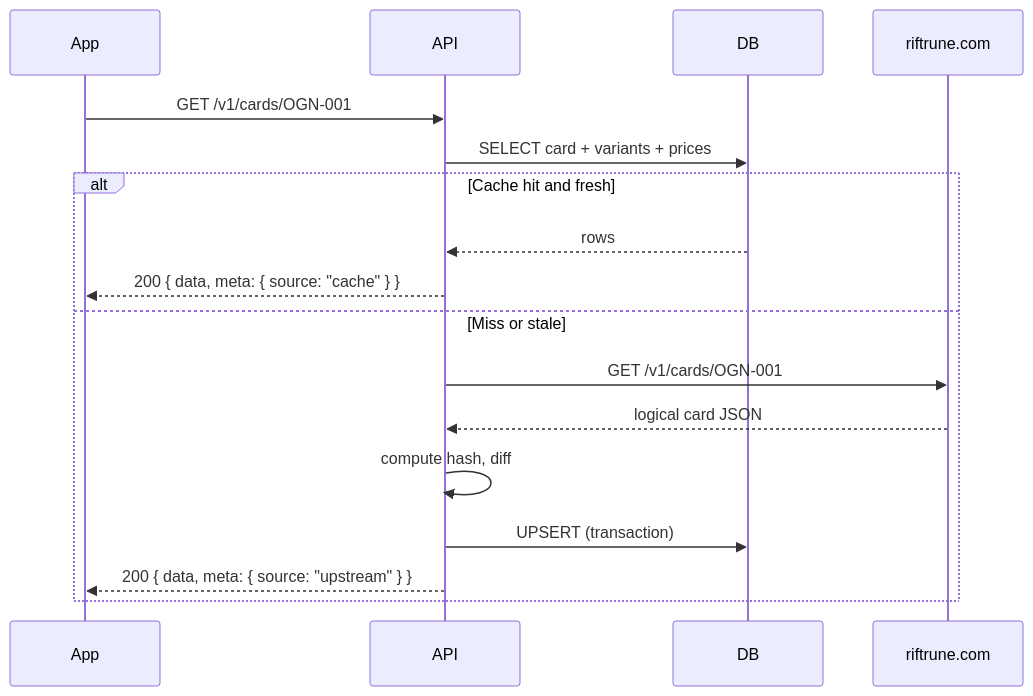
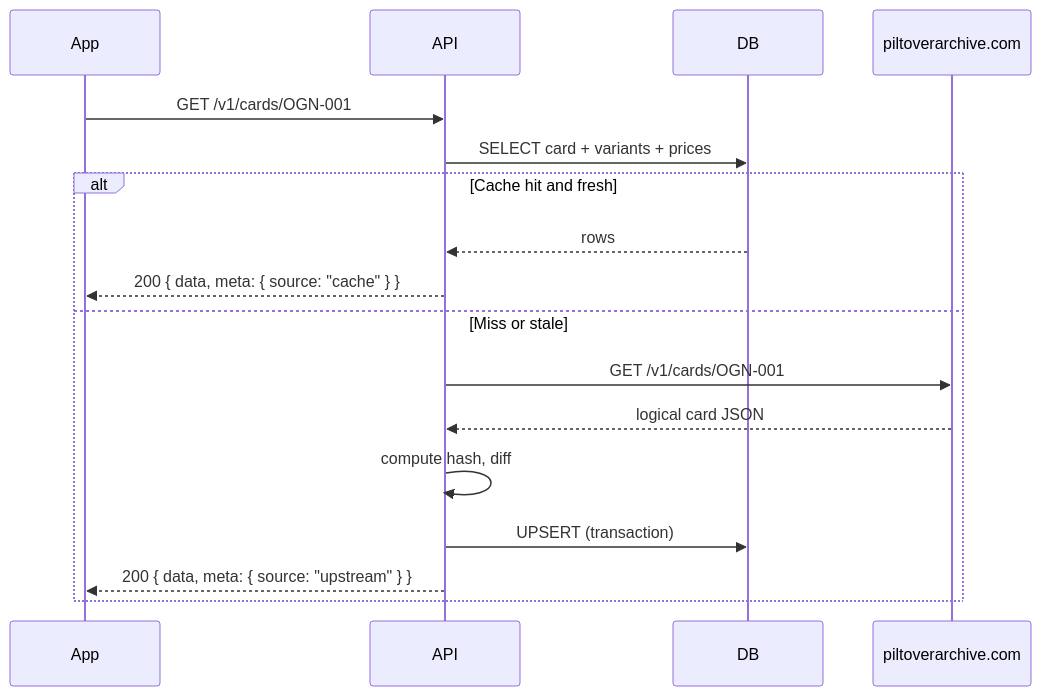
The diagram in SPEC.md (IIRoan/riftrune), drawn with Mermaid before and after one commit. The commit also changed other lines of this file and 47 other files, not shown here.

````diff
--- a/SPEC.md
+++ b/SPEC.md
@@ -623,20 +623,20 @@
 ```mermaid
 sequenceDiagram
   participant App
   participant API
   participant DB
-  participant PA as riftrune.com
+  participant PA as piltoverarchive.com
 
   App->>API: GET /v1/cards/OGN-001
   API->>DB: SELECT card + variants + prices
   alt Cache hit and fresh
     DB-->>API: rows
     API-->>App: 200 { data, meta: { source: "cache" } }
   else Miss or stale
     API->>PA: GET /v1/cards/OGN-001
     PA-->>API: logical card JSON
     API->>API: compute hash, diff
     API->>DB: UPSERT (transaction)
     API-->>App: 200 { data, meta: { source: "upstream" } }
   end
 ```
````
